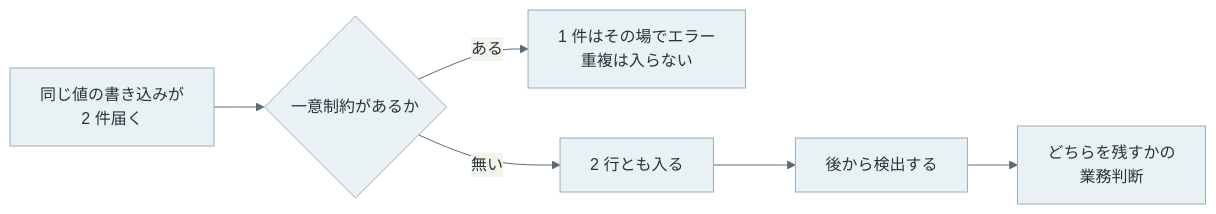
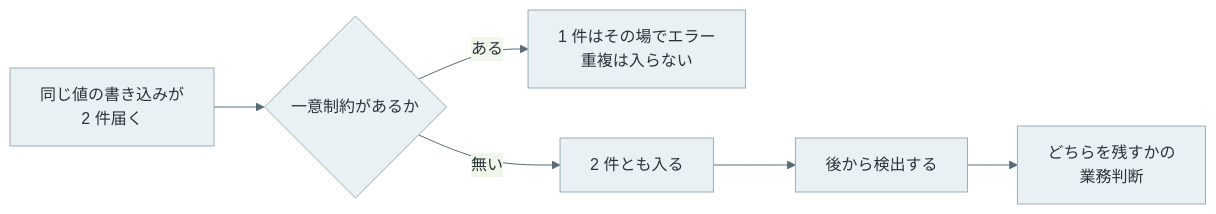
The fifth of 5 diagrams in content/notes/database-systems/unique-constraint/index.md (nao1215/debimate), drawn with Mermaid before and after one commit. The commit also changed other lines of this file and 125 other files, not shown here.

````diff
--- a/content/notes/database-systems/unique-constraint/index.md
+++ b/content/notes/database-systems/unique-constraint/index.md
@@ -230,10 +232,10 @@
 ```mermaid
 %%{init: {"theme":"base","themeVariables":{"primaryColor":"#eaf1f5","primaryTextColor":"#28343b","primaryBorderColor":"#9cabb5","lineColor":"#596b76","textColor":"#28343b","actorBkg":"#eaf1f5","actorBorder":"#9cabb5","actorTextColor":"#28343b","actorLineColor":"#9cabb5","signalColor":"#596b76","signalTextColor":"#28343b","noteBkgColor":"#f7f1e5","noteBorderColor":"#c5b99b","noteTextColor":"#403c32","activationBkgColor":"#edf3ef","activationBorderColor":"#9aafa1"}}}%%
 flowchart LR
     W["同じ値の書き込みが<br/>2 件届く"] --> N{"一意制約があるか"}
     N -->|"ある"| S["1 件はその場でエラー<br/>重複は入らない"]
-    N -->|"無い"| I["2 行とも入る"]
+    N -->|"無い"| I["2 件とも入る"]
     I --> F["後から検出する"]
     F --> J["どちらを残すかの<br/>業務判断"]
     classDef default fill:#eaf1f5,stroke:#9cabb5,color:#28343b;
 ```
````
